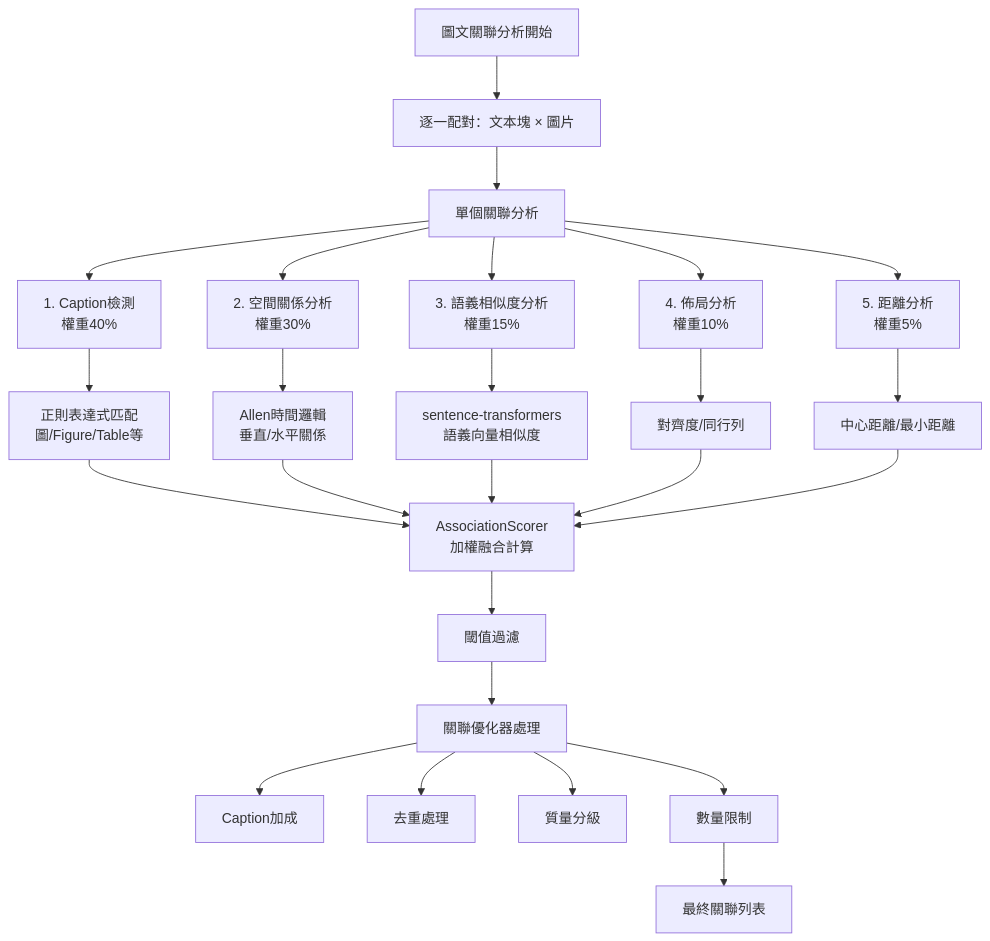
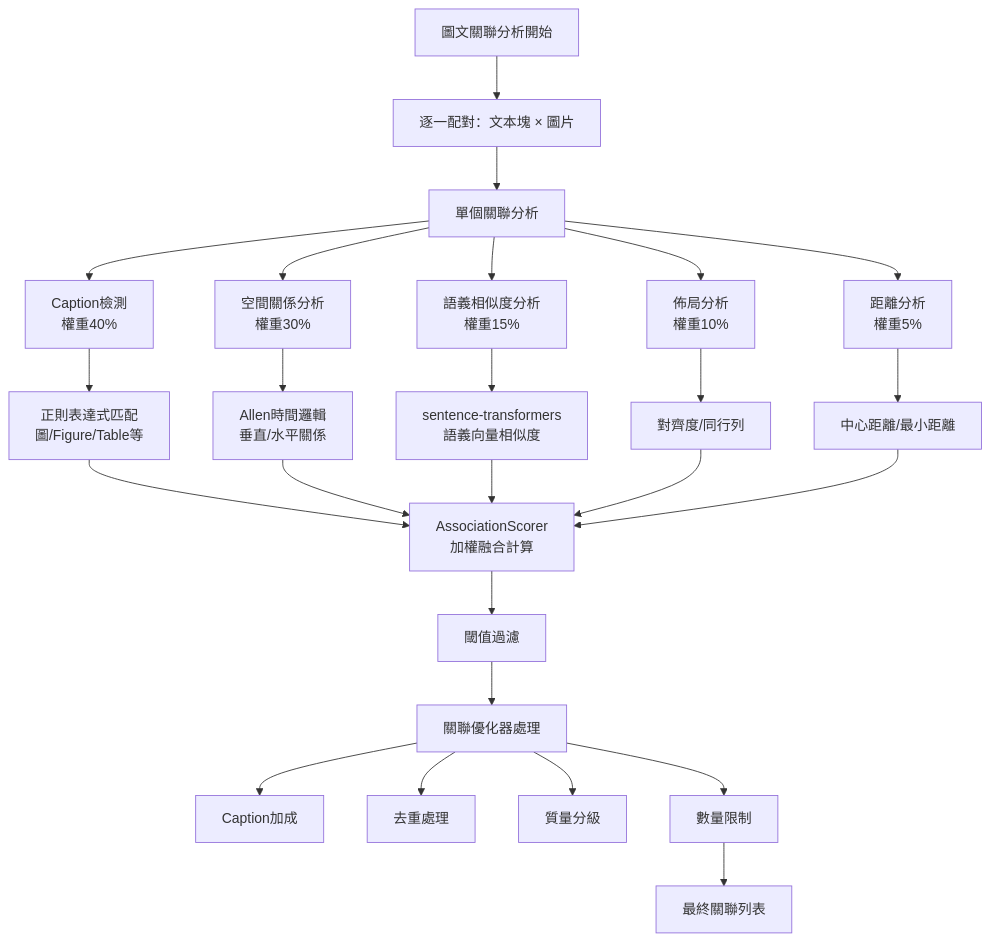
One commit to laitim20015/chris_ai_test changed the fourth of 6 diagrams in 智能文件轉換與RAG系統_完整運行流程圖表.md. Above: the diagram before and after it, drawn with Mermaid. The commit also changed other lines of this file and 15 other files, not shown here.

````diff
--- a/智能文件轉換與RAG系統_完整運行流程圖表.md
+++ b/智能文件轉換與RAG系統_完整運行流程圖表.md
@@ -100,34 +102,35 @@
 ```mermaid
 graph TD
     C1[圖文關聯分析開始] --> C2[逐一配對：文本塊 × 圖片]
-    
+  
     C2 --> C3[單個關聯分析]
-    
-    C3 --> C3a[1. Caption檢測<br/>權重40%]
-    C3 --> C3b[2. 空間關係分析<br/>權重30%]  
-    C3 --> C3c[3. 語義相似度分析<br/>權重15%]
-    C3 --> C3d[4. 佈局分析<br/>權重10%]
-    C3 --> C3e[5. 距離分析<br/>權重5%]
-    
+  
+    C3 --> C3a[Caption檢測<br/>權重40%]
+    C3 --> C3b[空間關係分析<br/>權重30%]  
+    C3 --> C3c[語義相似度分析<br/>權重15%]
+    C3 --> C3d[佈局分析<br/>權重10%]
+    C3 --> C3e[距離分析<br/>權重5%]
+  
     C3a --> C4a[正則表達式匹配<br/>圖/Figure/Table等]
     C3b --> C4b[Allen時間邏輯<br/>垂直/水平關係]
     C3c --> C4c[sentence-transformers<br/>語義向量相似度]
     C3d --> C4d[對齊度/同行列]
     C3e --> C4e[中心距離/最小距離]
-    
+  
     C4a --> C5[AssociationScorer<br/>加權融合計算]
     C4b --> C5
     C4c --> C5
     C4d --> C5
     C4e --> C5
-    
+  
     C5 --> C6[閾值過濾]
     C6 --> C7[關聯優化器處理]
-    
+  
     C7 --> C7a[Caption加成]
     C7 --> C7b[去重處理]
     C7 --> C7c[質量分級]
     C7 --> C7d[數量限制]
-    
+  
     C7d --> C8[最終關聯列表]
+
 ```
````
